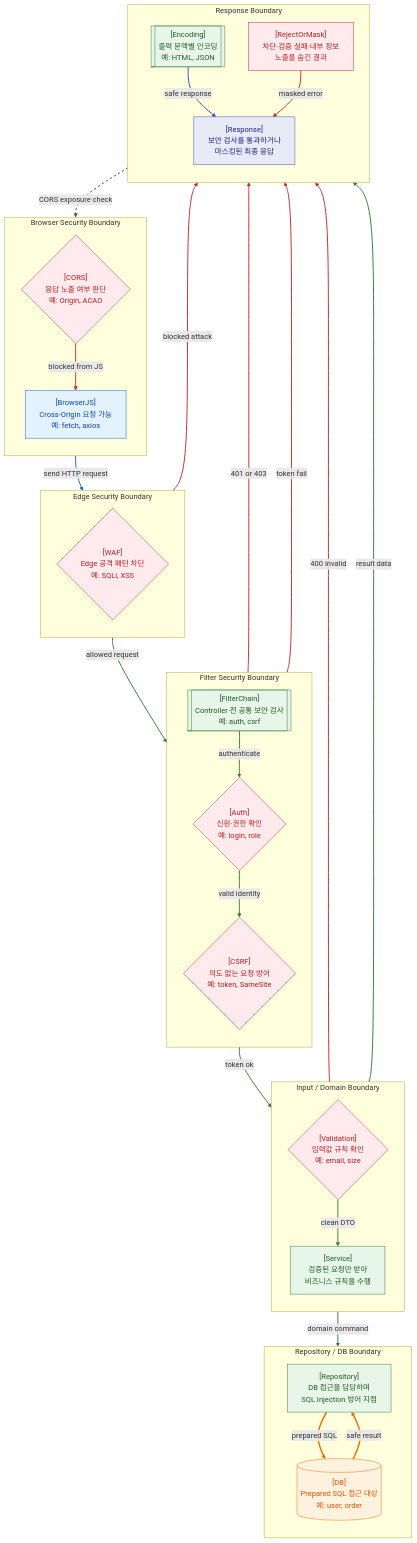
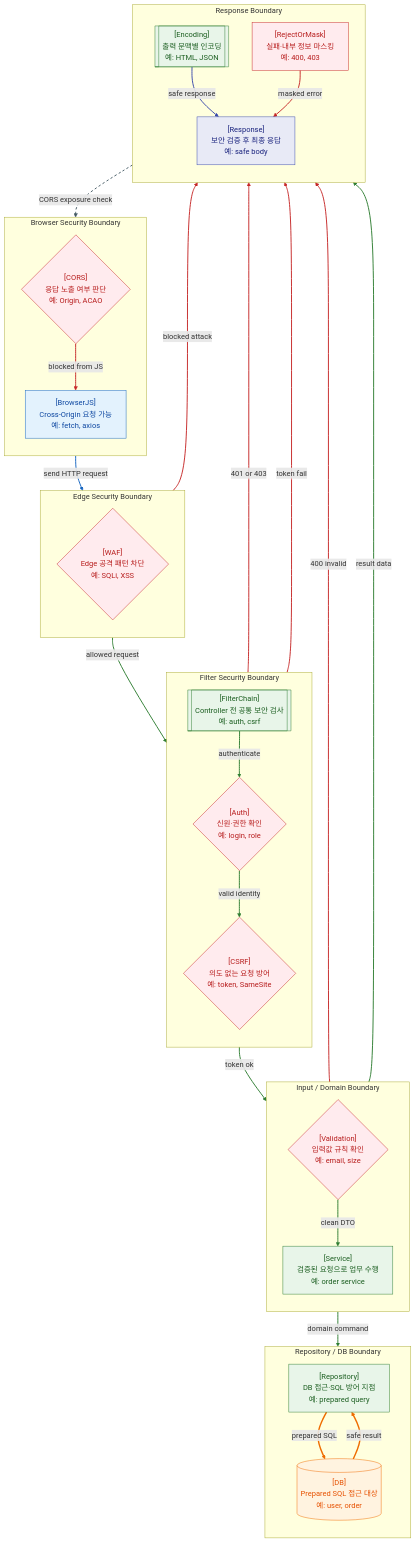
Before and after one commit to thisis-joe/thisis-joe.github.io: the diagram in content/Web-지도/9. 보안 검증 위치 지도.md, drawn with Mermaid. The commit also changed other lines of this file and 595 other files, not shown here.

```diff
--- a/content/Web-지도/9. 보안 검증 위치 지도.md
+++ b/content/Web-지도/9. 보안 검증 위치 지도.md
@@ -35,20 +35,20 @@
 subgraph INPUT_BOUNDARY["Input / Domain Boundary"]
 direction TB
 VALID{"[Validation]<br/>입력값 규칙 확인<br/>예: email, size"}
-SERVICE["[Service]<br/>검증된 요청만 받아<br/>비즈니스 규칙을 수행"]
+SERVICE["[Service]<br/>검증된 요청으로 업무 수행<br/>예: order service"]
 end
 
 subgraph DB_BOUNDARY["Repository / DB Boundary"]
 direction TB
-REPO["[Repository]<br/>DB 접근을 담당하며<br/>SQL Injection 방어 지점"]
+REPO["[Repository]<br/>DB 접근·SQL 방어 지점<br/>예: prepared query"]
 DB[("[DB]<br/>Prepared SQL 접근 대상<br/>예: user, order")]
 end
 
 subgraph RESPONSE_BOUNDARY["Response Boundary"]
 direction TB
 ENCODE[["[Encoding]<br/>출력 문맥별 인코딩<br/>예: HTML, JSON"]]
-ERROR["[RejectOrMask]<br/>차단·검증 실패·내부 정보<br/>노출을 숨긴 결과"]
-RESPONSE["[Response]<br/>보안 검사를 통과하거나<br/>마스킹된 최종 응답"]
+ERROR["[RejectOrMask]<br/>실패·내부 정보 마스킹<br/>예: 400, 403"]
+RESPONSE["[Response]<br/>보안 검증 후 최종 응답<br/>예: safe body"]
 end
 
 BROWSER -->|send HTTP request| WAF
```
